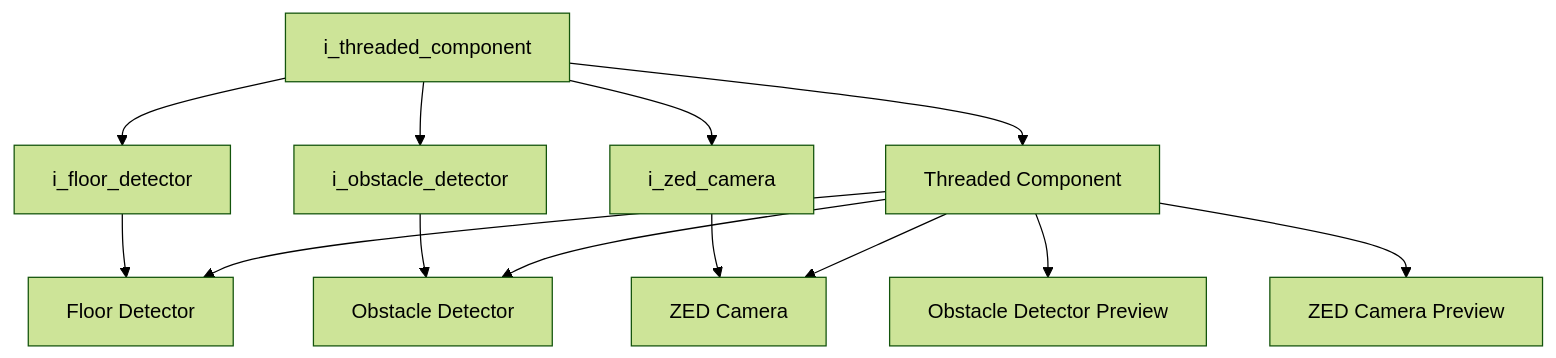
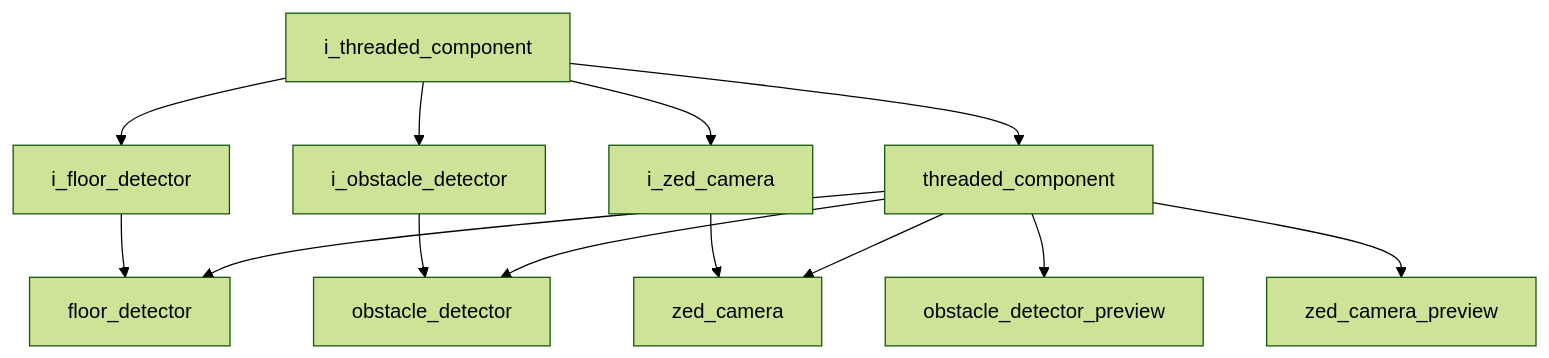
One commit to kasper-szczerba/autonomous_control_system_wiki changed the second of 2 diagrams in docs/codebase/namespaces/core/interfaces/i_threaded_component.md. Above: the diagram before and after it, drawn with Mermaid (forest theme). The commit also changed other lines of this file and 41 other files, not shown here.

````diff
--- a/docs/codebase/namespaces/core/interfaces/i_threaded_component.md
+++ b/docs/codebase/namespaces/core/interfaces/i_threaded_component.md
@@ -26,16 +24,16 @@
 ```mermaid
 graph TD
     i_threaded_component["i_threaded_component"]
-    i_floor_detector["i_floor_detector"] --> floor_detector["Floor Detector"]
-    i_obstacle_detector["i_obstacle_detector"] --> obstacle_detector["Obstacle Detector"]
+    i_floor_detector["i_floor_detector"] --> floor_detector["floor_detector"]
+    i_obstacle_detector["i_obstacle_detector"] --> obstacle_detector["obstacle_detector"]
     i_threaded_component["i_threaded_component"] --> i_floor_detector["i_floor_detector"]
     i_threaded_component["i_threaded_component"] --> i_obstacle_detector["i_obstacle_detector"]
     i_threaded_component["i_threaded_component"] --> i_zed_camera["i_zed_camera"]
-    i_threaded_component["i_threaded_component"] --> threaded_component["Threaded Component"]
-    i_zed_camera["i_zed_camera"] --> zed_camera["ZED Camera"]
-    threaded_component["Threaded Component"] --> floor_detector["Floor Detector"]
-    threaded_component["Threaded Component"] --> obstacle_detector["Obstacle Detector"]
-    threaded_component["Threaded Component"] --> obstacle_detector_preview["Obstacle Detector Preview"]
-    threaded_component["Threaded Component"] --> zed_camera["ZED Camera"]
-    threaded_component["Threaded Component"] --> zed_camera_preview["ZED Camera Preview"]
+    i_threaded_component["i_threaded_component"] --> threaded_component["threaded_component"]
+    i_zed_camera["i_zed_camera"] --> zed_camera["zed_camera"]
+    threaded_component["threaded_component"] --> floor_detector["floor_detector"]
+    threaded_component["threaded_component"] --> obstacle_detector["obstacle_detector"]
+    threaded_component["threaded_component"] --> obstacle_detector_preview["obstacle_detector_preview"]
+    threaded_component["threaded_component"] --> zed_camera["zed_camera"]
+    threaded_component["threaded_component"] --> zed_camera_preview["zed_camera_preview"]
 ```
````
